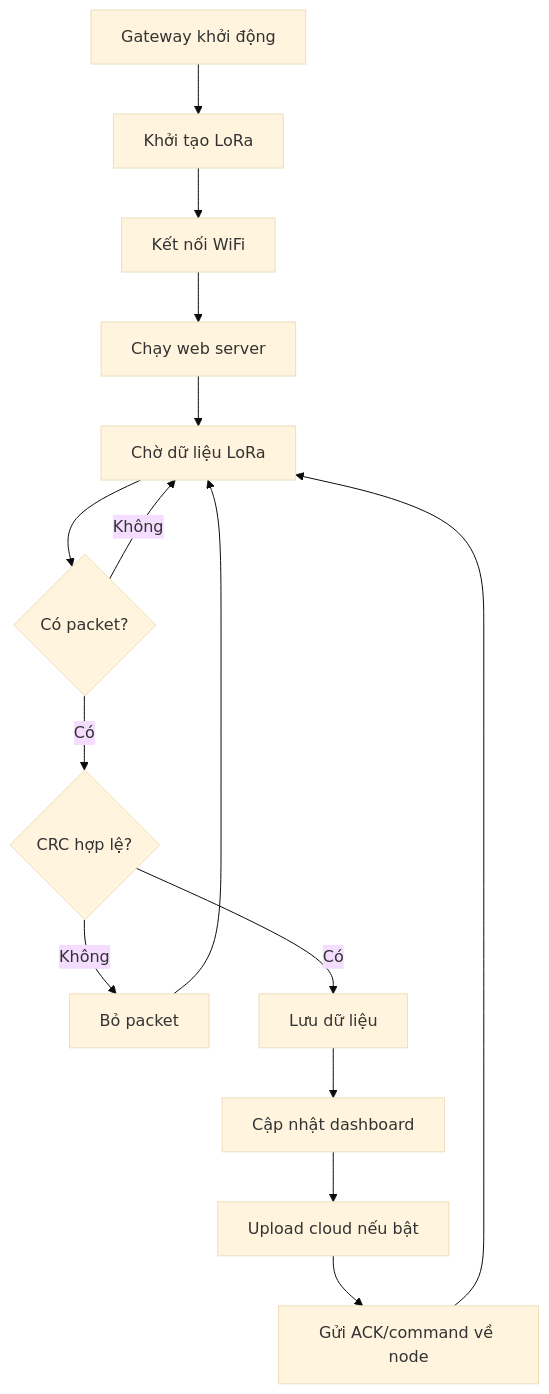
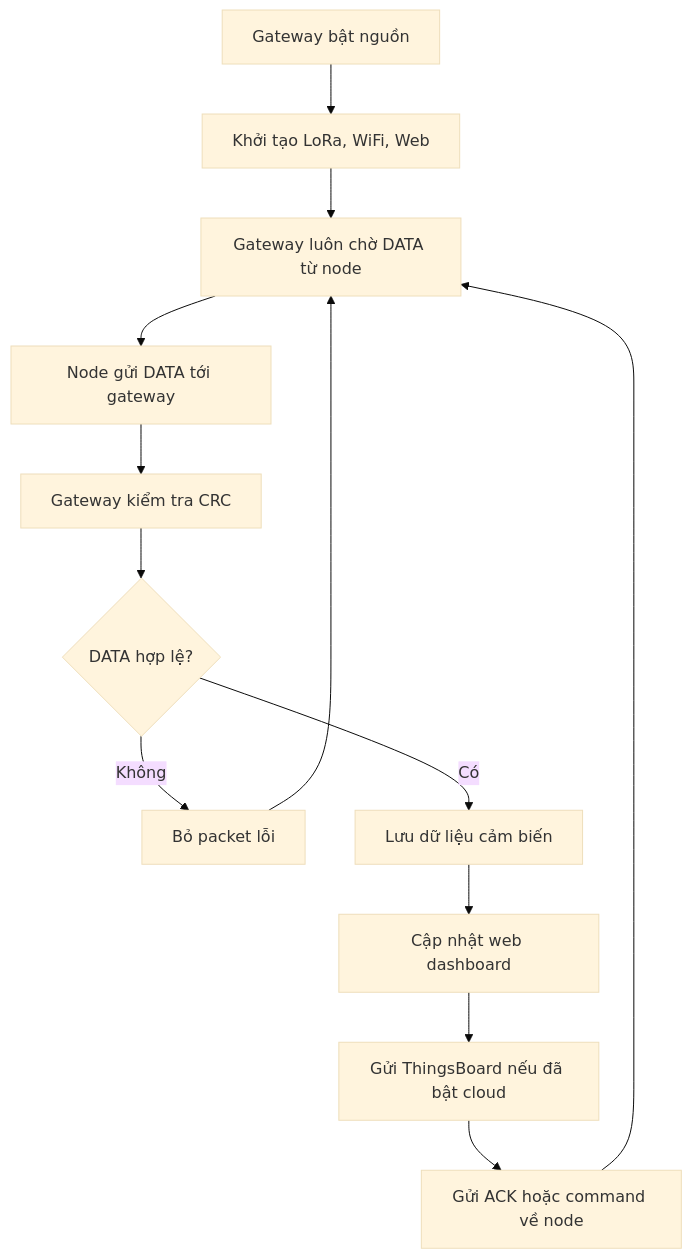
Before and after one commit to trungphong1010abc-dot/MCBKD: the seventh of 13 diagrams in README/B4_SOFTWARE_DESIGN_DETAILED_v2.0.md, drawn with Mermaid (base theme). The commit also changed other lines of this file, not shown here.

````diff
--- a/README/B4_SOFTWARE_DESIGN_DETAILED_v2.0.md
+++ b/README/B4_SOFTWARE_DESIGN_DETAILED_v2.0.md
@@ -200,17 +207,18 @@
 ```mermaid
 flowchart TD
-    A[Gateway khởi động] --> B[Khởi tạo LoRa]
-    B --> C[Kết nối WiFi]
-    C --> D[Chạy web server]
-    D --> E[Chờ dữ liệu LoRa]
-    E --> F{Có packet?}
-    F -- Không --> E
-    F -- Có --> G{CRC hợp lệ?}
-    G -- Không --> H[Bỏ packet]
-    H --> E
-    G -- Có --> I[Lưu dữ liệu]
-    I --> J[Cập nhật dashboard]
-    J --> K[Upload cloud nếu bật]
-    K --> L[Gửi ACK/command về node]
-    L --> E
+    A[Gateway bật nguồn] --> B[Khởi tạo LoRa, WiFi, Web]
+    B --> C[Gateway luôn chờ DATA từ node]
+
+    C --> D[Node gửi DATA tới gateway]
+    D --> E[Gateway kiểm tra CRC]
+
+    E --> F{DATA hợp lệ?}
+    F -- Không --> G[Bỏ packet lỗi]
+    G --> C
+
+    F -- Có --> H[Lưu dữ liệu cảm biến]
+    H --> I[Cập nhật web dashboard]
+    I --> J[Gửi ThingsBoard nếu đã bật cloud]
+    J --> K[Gửi ACK hoặc command về node]
+    K --> C
 ```
````
